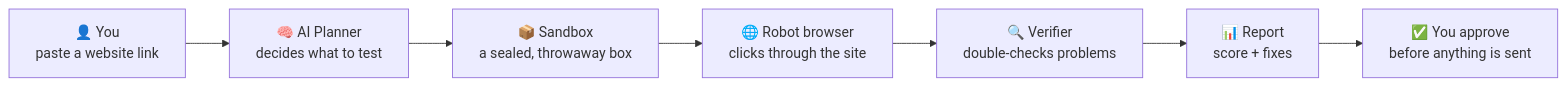
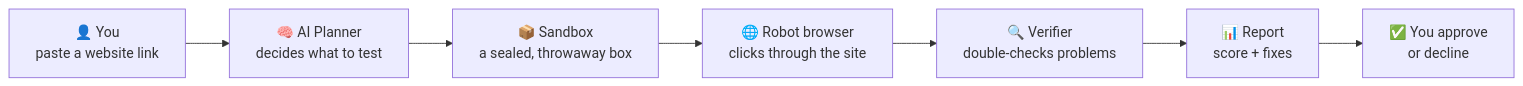
The first of 2 diagrams in README.md (arslan-ahm/AgentGuard-The-Redteam-Agent-lablab.ai-project-), drawn with Mermaid before and after one commit. The commit also changed other lines of this file, not shown here.

````diff
--- a/README.md
+++ b/README.md
@@ -40,9 +43,9 @@
 ```mermaid
 flowchart LR
     A["👤 You<br/>paste a website link"] --> B["🧠 AI Planner<br/>decides what to test"]
     B --> C["📦 Sandbox<br/>a sealed, throwaway box"]
     C --> D["🌐 Robot browser<br/>clicks through the site"]
     D --> E["🔍 Verifier<br/>double-checks problems"]
     E --> F["📊 Report<br/>score + fixes"]
-    F --> G["✅ You approve<br/>before anything is sent"]
+    F --> G["✅ You approve<br/>or decline"]
 ```
````
